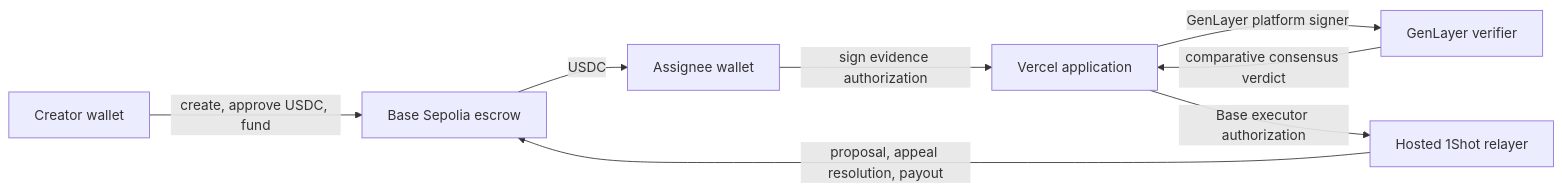
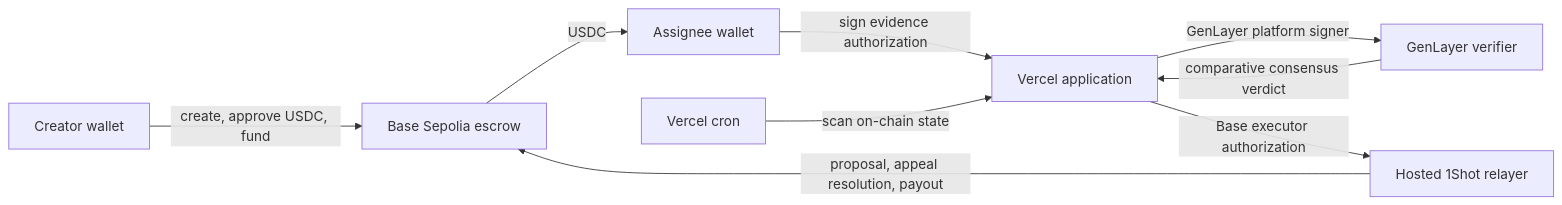
The diagram in README.md (TS-mfon/Milestone-Judge), drawn with Mermaid before and after one commit. The commit also changed other lines of this file and 31 other files, not shown here.

````diff
--- a/README.md
+++ b/README.md
@@ -60,10 +65,11 @@
 ```mermaid
 flowchart LR
   Creator[Creator wallet] -->|create, approve USDC, fund| Base[Base Sepolia escrow]
   Assignee[Assignee wallet] -->|sign evidence authorization| Web[Vercel application]
   Web -->|GenLayer platform signer| GenLayer[GenLayer verifier]
   GenLayer -->|comparative consensus verdict| Web
   Web -->|Base executor authorization| OneShot[Hosted 1Shot relayer]
+  Cron[Vercel cron] -->|scan on-chain state| Web
   OneShot -->|proposal, appeal resolution, payout| Base
   Base -->|USDC| Assignee
 ```
````
